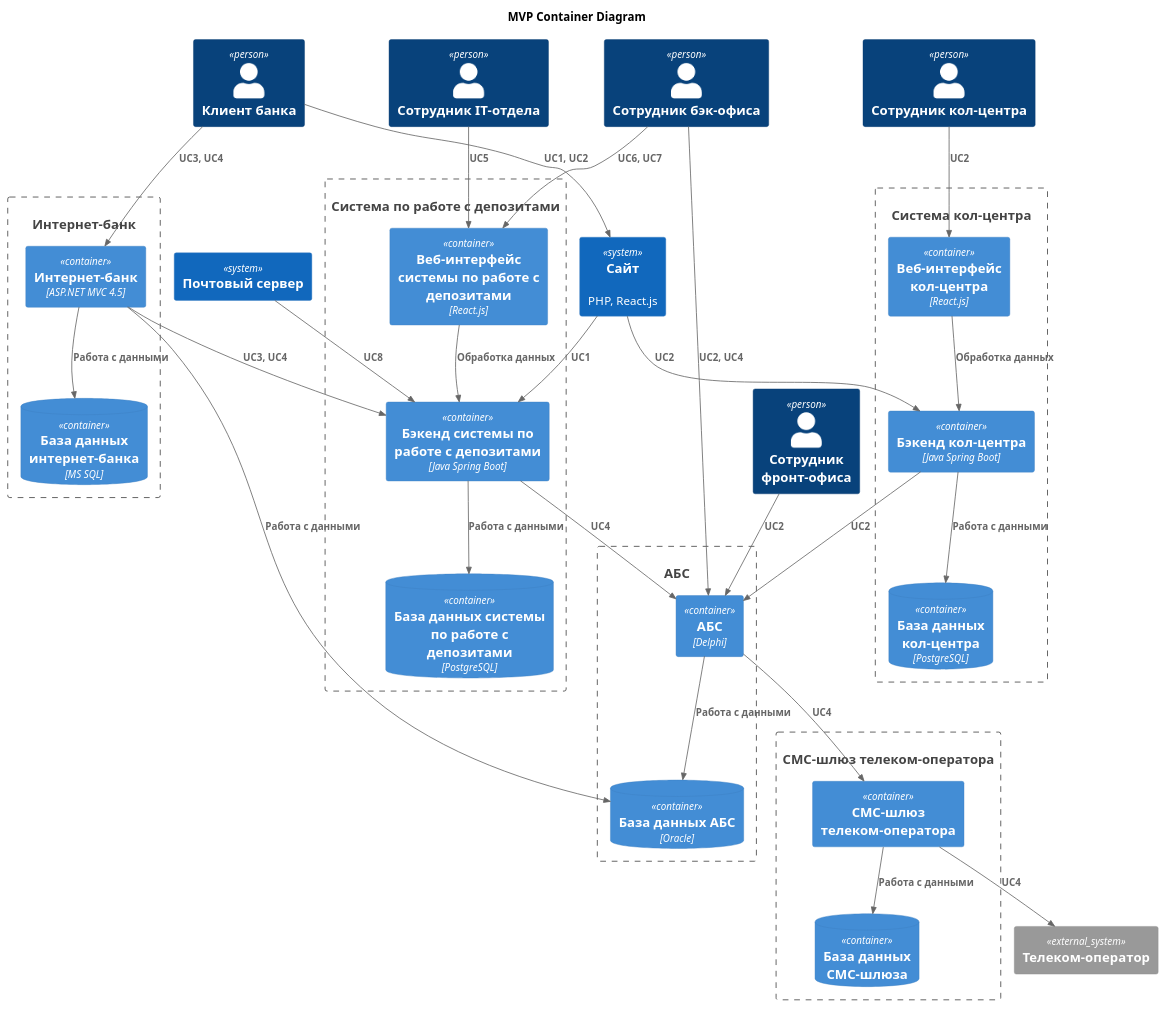
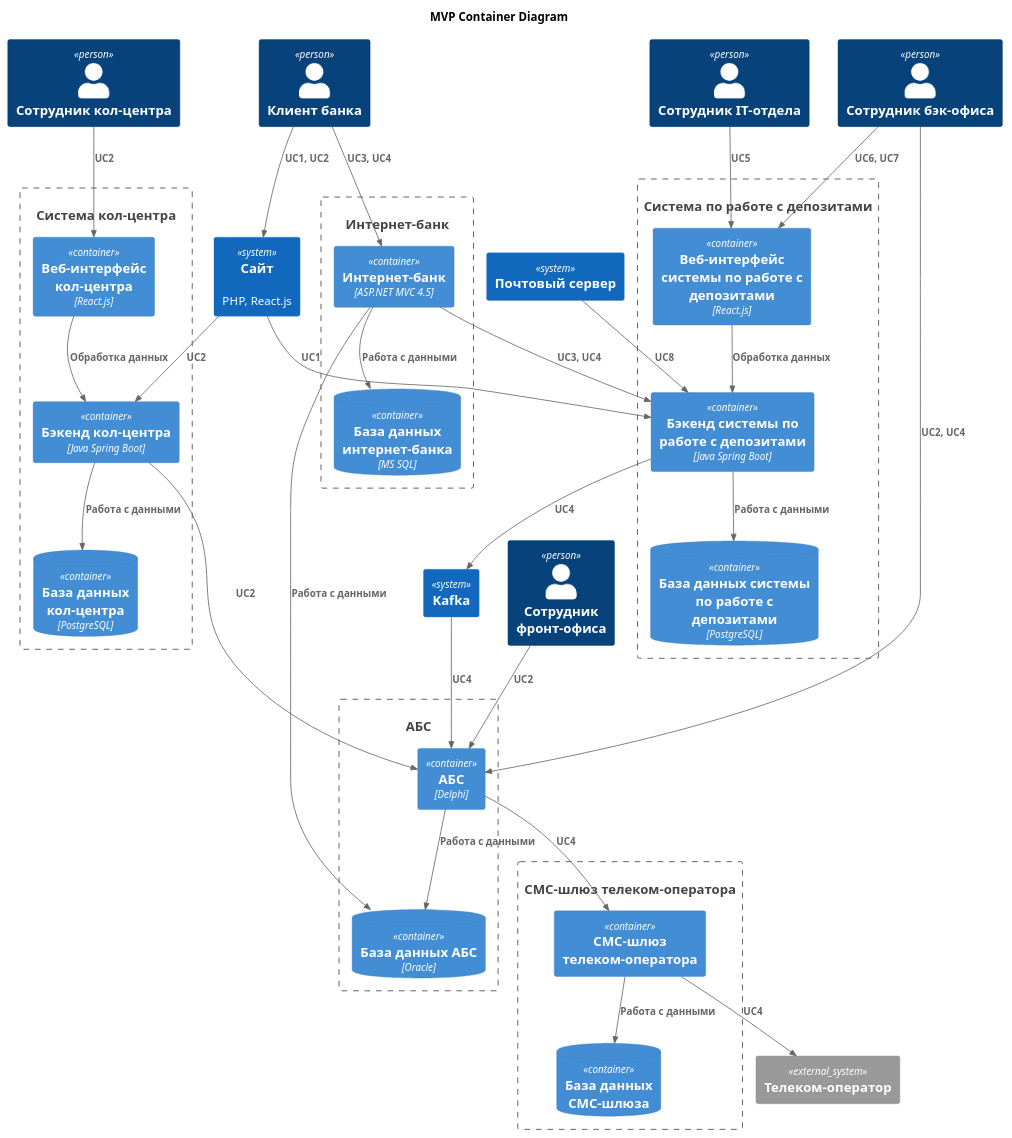
The diagram in Task3/C4_context.puml (Dryannykh/architecture-standart), drawn with PlantUML before and after one commit. The commit also changed 9 other files, not shown here.

```diff
--- a/Task3/C4_context.puml
+++ b/Task3/C4_context.puml
@@ -1,70 +1,72 @@
 @startuml
 title MVP Container Diagram
 
 top to bottom direction
 
 !includeurl https://raw.githubusercontent.com/RicardoNiepel/C4-PlantUML/master/C4_Component.puml
 
 Person(user, "Клиент банка")
 Person(call_center_employee, "Сотрудник кол-центра")
 Person(back_department_employee, "Сотрудник бэк-офиса")
 Person(front_department_employee, "Сотрудник фронт-офиса")
 Person(it_employee, "Сотрудник IT-отдела")
 System(website, "Сайт", "PHP, React.js")
 System(mail_server, "Почтовый сервер")
 System(internet_bank_system, "Интернет-банк")
 System(call_center_system, "Система кол-центра")
 System(deposit_system, "Система по работе с депозитами")
 System(abs, "АБС")
+System(kafka, "Kafka")
 System(sms_gateway_system, "СМС-шлюз телеком-оператора")
 System_Ext(operator, "Телеком-оператор")
 
 Container_Boundary(internet_bank_system, "Интернет-банк") {
   Container(internet_bank, "Интернет-банк", "ASP.NET MVC 4.5")
   ContainerDb(internet_bank_db, "База данных интернет-банка", "MS SQL")
 }
 Container_Boundary(call_center_system, "Система кол-центра") {
   Container(call_center_system_front, "Веб-интерфейс кол-центра", "React.js")
   Container(call_center_system_back, "Бэкенд кол-центра", "Java Spring Boot")
   ContainerDb(call_center_system_db, "База данных кол-центра", "PostgreSQL")
 }
 Container_Boundary(deposit_system, "Система по работе с депозитами") {
   Container(deposit_system_front, "Веб-интерфейс системы по работе с депозитами", "React.js")
   Container(deposit_system_back, "Бэкенд системы по работе с депозитами", "Java Spring Boot")
   ContainerDb(deposit_system_db, "База данных системы по работе с депозитами", "PostgreSQL")
 }
 Container_Boundary(abs, "АБС") {
   Container(abs_client, "АБС", "Delphi")
   ContainerDb(abs_db, "База данных АБС", "Oracle")
 }
 Container_Boundary(sms_gateway_system, "СМС-шлюз телеком-оператора") {
   Container(sms_gateway, "СМС-шлюз телеком-оператора")
   ContainerDb(sms_gateway_db, "База данных СМС-шлюза")
 }
 
 Rel(user, website, "UC1, UC2")
 Rel(user, internet_bank, "UC3, UC4")
 Rel(internet_bank, internet_bank_db, "Работа с данными")
 Rel(call_center_employee, call_center_system_front, "UC2")
 Rel(call_center_system_front, call_center_system_back, "Обработка данных")
 Rel(call_center_system_back, call_center_system_db, "Работа с данными")
 Rel(front_department_employee, abs_client, "UC2")
 Rel(abs_client, abs_db, "Работа с данными")
 Rel(website, call_center_system_back, "UC2")
 Rel(call_center_system_back, abs_client, "UC2")
 Rel(back_department_employee, abs_client, "UC2, UC4")
 Rel(internet_bank, abs_db, "Работа с данными")
 Rel(abs_client, sms_gateway, "UC4")
 Rel(sms_gateway, sms_gateway_db, "Работа с данными")
 Rel(sms_gateway, operator, "UC4")
 Rel(it_employee, deposit_system_front, "UC5")
 Rel(deposit_system_front, deposit_system_back, "Обработка данных")
 Rel(deposit_system_back, deposit_system_db, "Работа с данными")
 Rel(back_department_employee, deposit_system_front, "UC6, UC7")
-Rel(deposit_system_back, abs_client, "UC4")
+Rel(deposit_system_back, kafka, "UC4")
+Rel(kafka, abs_client, "UC4")
 Rel(internet_bank, deposit_system_back, "UC3, UC4")
 Rel(website, deposit_system_back, "UC1")
 Rel(mail_server, deposit_system_back, "UC8")
 
 
 @enduml
```
